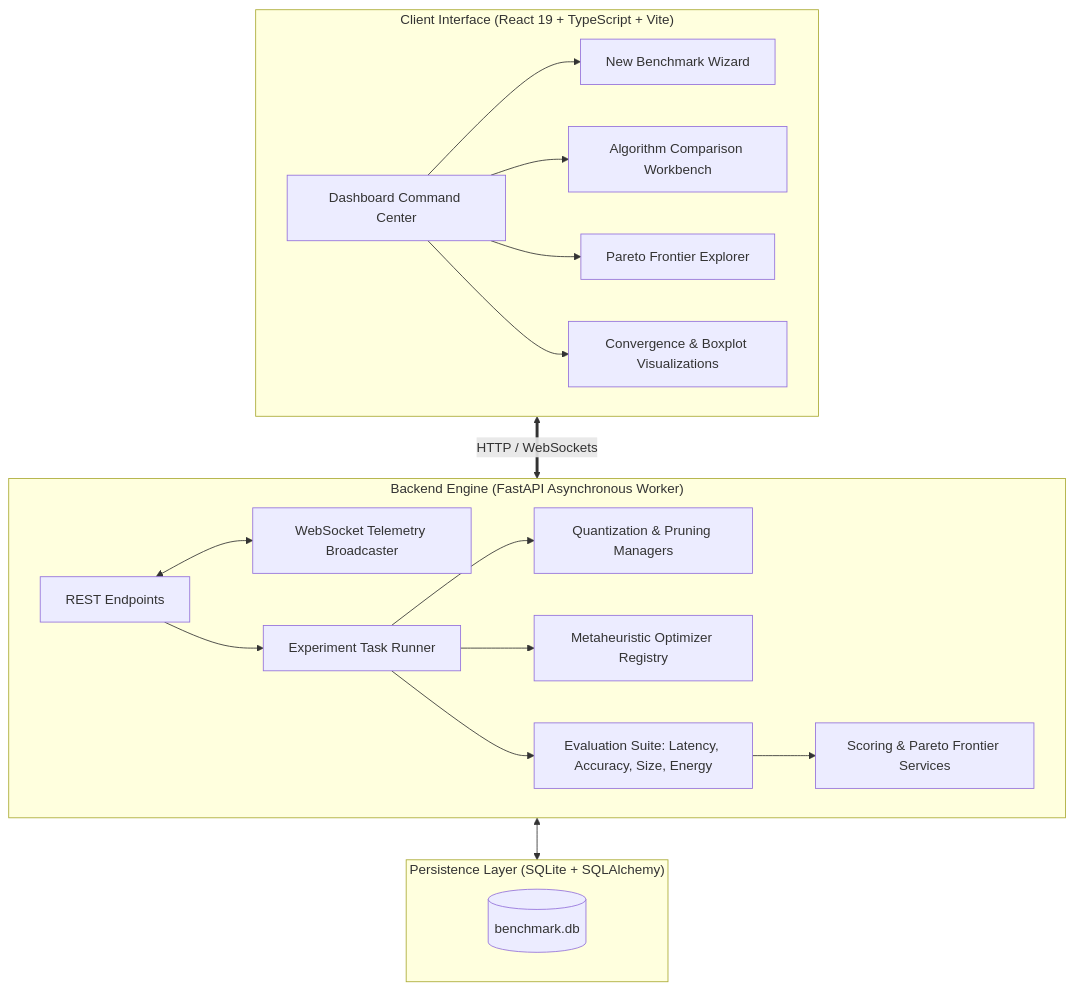
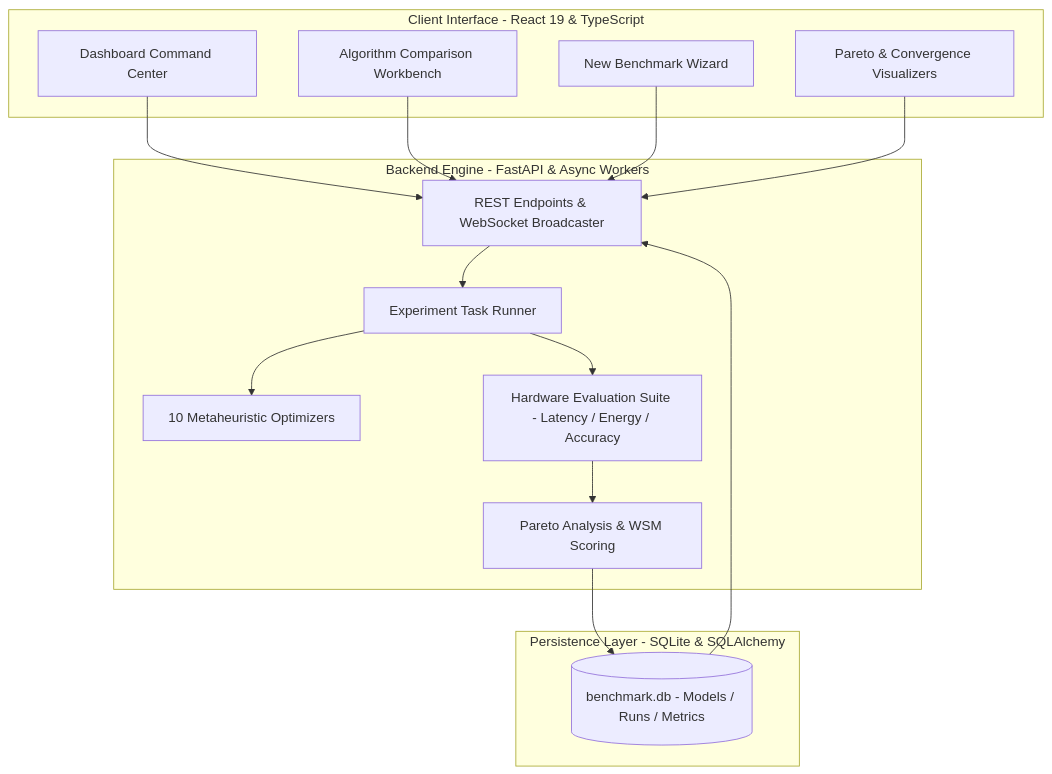
One commit to UmeshCode1/cnn-optimization-benchmark changed the diagram in README.md. Above: the diagram before and after it, drawn with Mermaid. The commit also changed 1 other file, not shown here.

Commit message:
Fix: Ensure 100% GitHub-compliant Mermaid architecture diagram rendering in README and docs

````diff
--- a/README.md
+++ b/README.md
@@ -64,25 +64,32 @@
 ```mermaid
-flowchart TD
-    subgraph Client ["Client Interface (React 19 + TypeScript + Vite)"]
-        A[Dashboard Command Center] --> B[New Benchmark Wizard]
-        A --> C[Algorithm Comparison Workbench]
-        A --> D[Pareto Frontier Explorer]
-        A --> E[Convergence & Boxplot Visualizations]
+graph TD
+    subgraph ClientLayer [Client Interface - React 19 & TypeScript]
+        UI[Dashboard Command Center]
+        WB[Algorithm Comparison Workbench]
+        Wiz[New Benchmark Wizard]
+        Plots[Pareto & Convergence Visualizers]
     end
 
-    subgraph Backend ["Backend Engine (FastAPI Asynchronous Worker)"]
-        F[REST Endpoints] <--> G[WebSocket Telemetry Broadcaster]
-        F --> H[Experiment Task Runner]
-        H --> I[Quantization & Pruning Managers]
-        H --> J[Metaheuristic Optimizer Registry]
-        H --> K[Evaluation Suite: Latency, Accuracy, Size, Energy]
-        K --> L[Scoring & Pareto Frontier Services]
+    subgraph BackendLayer [Backend Engine - FastAPI & Async Workers]
+        API[REST Endpoints & WebSocket Broadcaster]
+        Runner[Experiment Task Runner]
+        Optimizers[10 Metaheuristic Optimizers]
+        Eval[Hardware Evaluation Suite - Latency / Energy / Accuracy]
+        Analytics[Pareto Analysis & WSM Scoring]
     end
 
-    subgraph Database ["Persistence Layer (SQLite + SQLAlchemy)"]
-        M[(benchmark.db)]
+    subgraph StorageLayer [Persistence Layer - SQLite & SQLAlchemy]
+        DB[(benchmark.db - Models / Runs / Metrics)]
     end
 
-    Client <==>|HTTP / WebSockets| Backend
-    Backend <--> Database
+    UI --> API
+    WB --> API
+    Wiz --> API
+    Plots --> API
+    API --> Runner
+    Runner --> Optimizers
+    Runner --> Eval
+    Eval --> Analytics
+    Analytics --> DB
+    DB --> API
 ```
````
